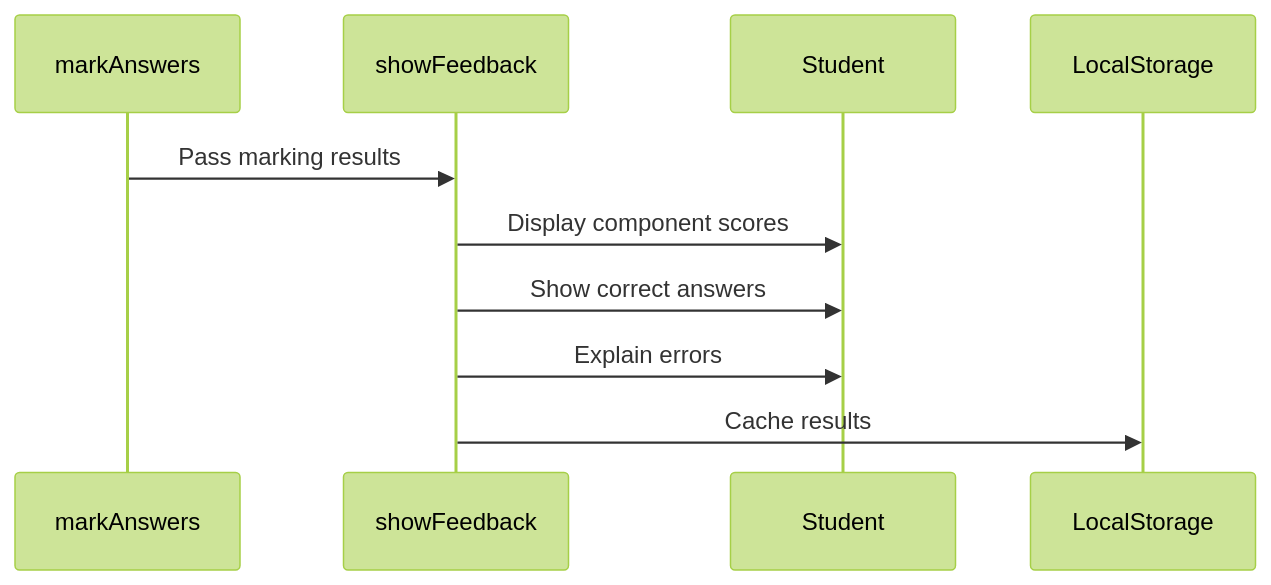
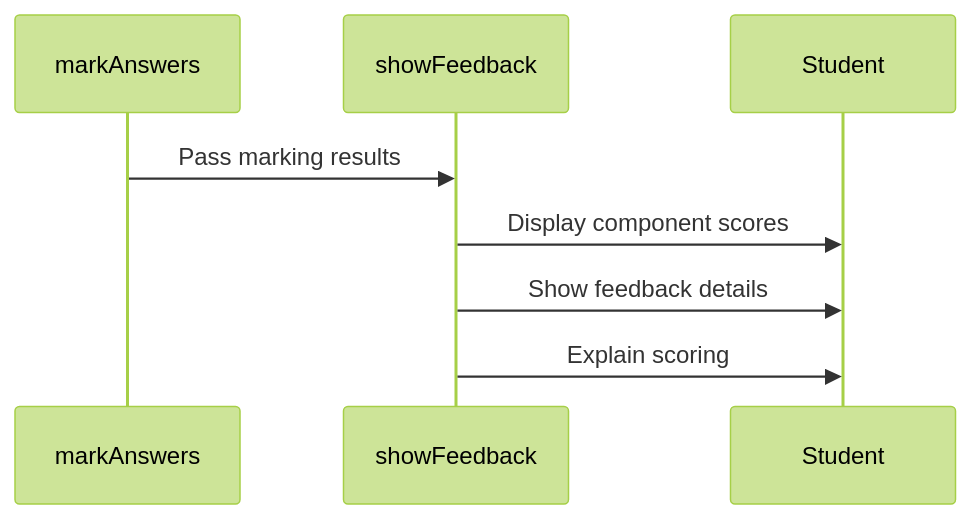
The third of 3 diagrams in docs/guides/marking-algorithm.md (AlexJSully/SciGrade), drawn with Mermaid (forest theme) before and after one commit. The commit also changed other lines of this file and 15 other files, not shown here.

````diff
--- a/docs/guides/marking-algorithm.md
+++ b/docs/guides/marking-algorithm.md
@@ -256,8 +187,7 @@
 ```mermaid
 sequenceDiagram
     markAnswers->>showFeedback: Pass marking results
     showFeedback->>Student: Display component scores
-    showFeedback->>Student: Show correct answers
-    showFeedback->>Student: Explain errors
-    showFeedback->>LocalStorage: Cache results
+ showFeedback->>Student: Show feedback details
+ showFeedback->>Student: Explain scoring
 ```
````
